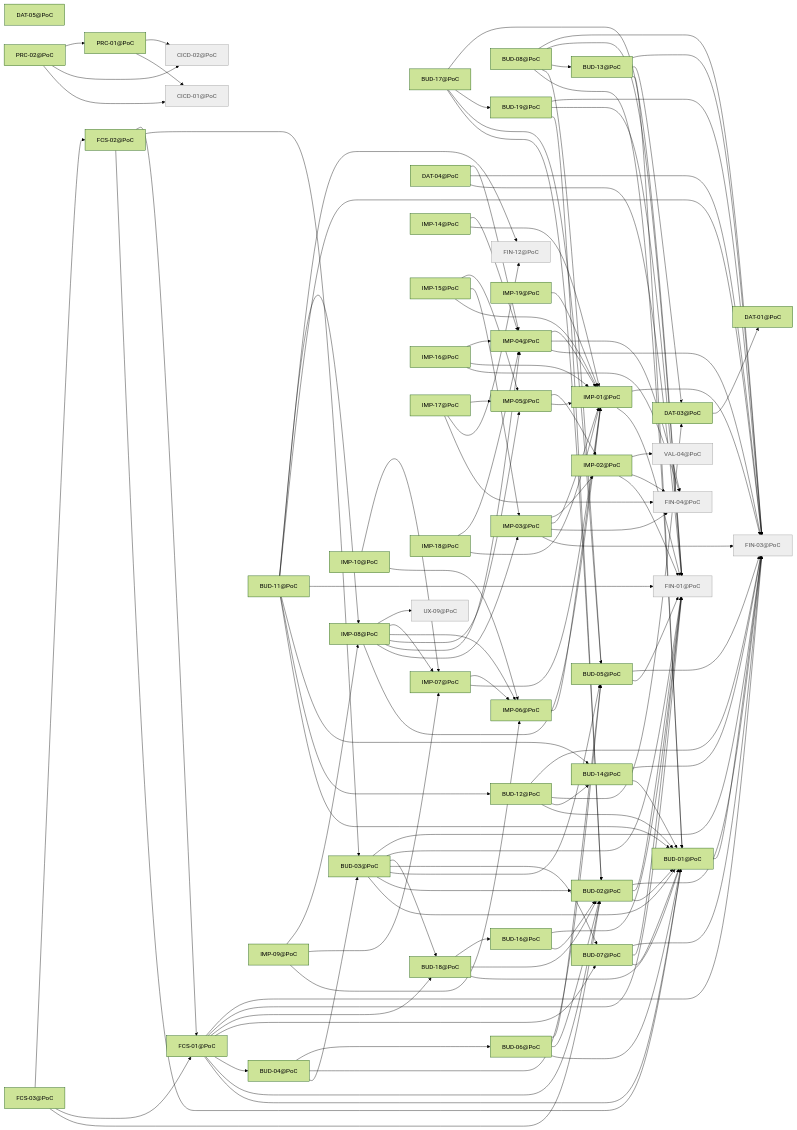
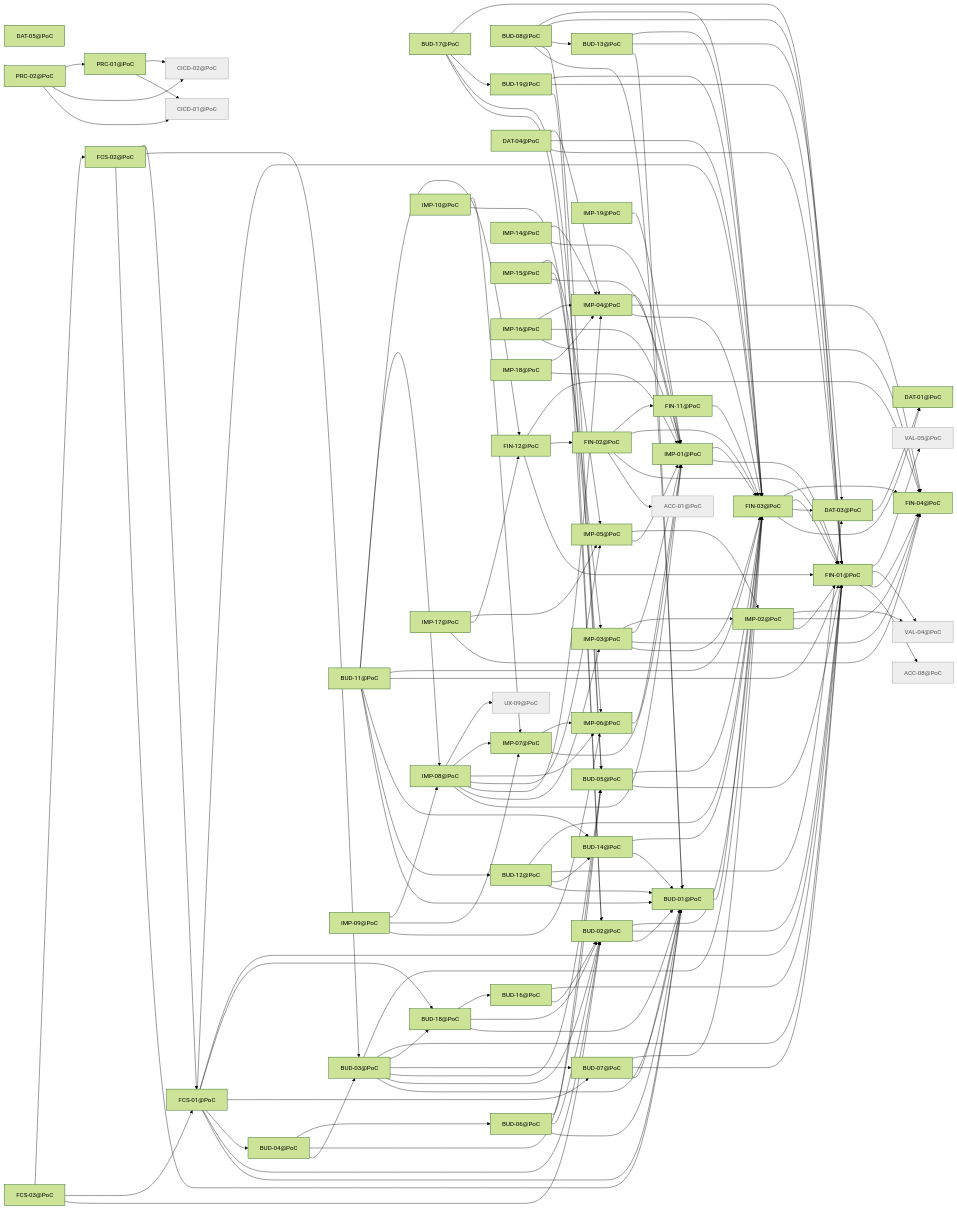
One commit to minakovval/Willowsum changed the diagram in docs/traceability/release-poc.md. Above: the diagram before and after it, drawn with Mermaid (forest theme). The commit also changed other lines of this file and 86 other files, not shown here.

````diff
--- a/docs/traceability/release-poc.md
+++ b/docs/traceability/release-poc.md
@@ -57,5 +63,7 @@
 ```mermaid
 flowchart LR
+  ACC_01_PoC["ACC-01@PoC"]
+  ACC_08_PoC["ACC-08@PoC"]
   BUD_01_PoC["BUD-01@PoC"]
   BUD_02_PoC["BUD-02@PoC"]
   BUD_03_PoC["BUD-03@PoC"]
@@ -82,8 +90,10 @@
   FCS_02_PoC["FCS-02@PoC"]
   FCS_03_PoC["FCS-03@PoC"]
   FIN_01_PoC["FIN-01@PoC"]
+  FIN_02_PoC["FIN-02@PoC"]
   FIN_03_PoC["FIN-03@PoC"]
   FIN_04_PoC["FIN-04@PoC"]
+  FIN_11_PoC["FIN-11@PoC"]
   FIN_12_PoC["FIN-12@PoC"]
   IMP_01_PoC["IMP-01@PoC"]
   IMP_02_PoC["IMP-02@PoC"]
@@ -105,6 +115,7 @@
   PRC_02_PoC["PRC-02@PoC"]
   UX_09_PoC["UX-09@PoC"]
   VAL_04_PoC["VAL-04@PoC"]
+  VAL_05_PoC["VAL-05@PoC"]
   BUD_01_PoC --> FIN_03_PoC
   BUD_02_PoC --> BUD_01_PoC
   BUD_02_PoC --> FIN_01_PoC
@@ -177,6 +188,22 @@
   FCS_03_PoC --> BUD_02_PoC
   FCS_03_PoC --> FCS_01_PoC
   FCS_03_PoC --> FCS_02_PoC
+  FIN_01_PoC --> ACC_08_PoC
+  FIN_01_PoC --> FIN_04_PoC
+  FIN_01_PoC --> VAL_04_PoC
+  FIN_01_PoC --> VAL_05_PoC
+  FIN_02_PoC --> ACC_01_PoC
+  FIN_02_PoC --> FIN_01_PoC
+  FIN_02_PoC --> FIN_03_PoC
+  FIN_02_PoC --> FIN_11_PoC
+  FIN_03_PoC --> DAT_01_PoC
+  FIN_03_PoC --> DAT_03_PoC
+  FIN_03_PoC --> FIN_01_PoC
+  FIN_03_PoC --> FIN_04_PoC
+  FIN_11_PoC --> FIN_03_PoC
+  FIN_12_PoC --> FIN_01_PoC
+  FIN_12_PoC --> FIN_02_PoC
+  FIN_12_PoC --> FIN_04_PoC
   IMP_01_PoC --> FIN_01_PoC
   IMP_01_PoC --> FIN_03_PoC
   IMP_02_PoC --> FIN_01_PoC
@@ -226,5 +253,5 @@
   PRC_02_PoC --> CICD_02_PoC
   PRC_02_PoC --> PRC_01_PoC
   classDef notMigrated fill:#eee,stroke:#999,color:#555
-  class CICD_01_PoC,CICD_02_PoC,FIN_01_PoC,FIN_03_PoC,FIN_04_PoC,FIN_12_PoC,UX_09_PoC,VAL_04_PoC notMigrated
+  class ACC_01_PoC,ACC_08_PoC,CICD_01_PoC,CICD_02_PoC,UX_09_PoC,VAL_04_PoC,VAL_05_PoC notMigrated
 ```
````
